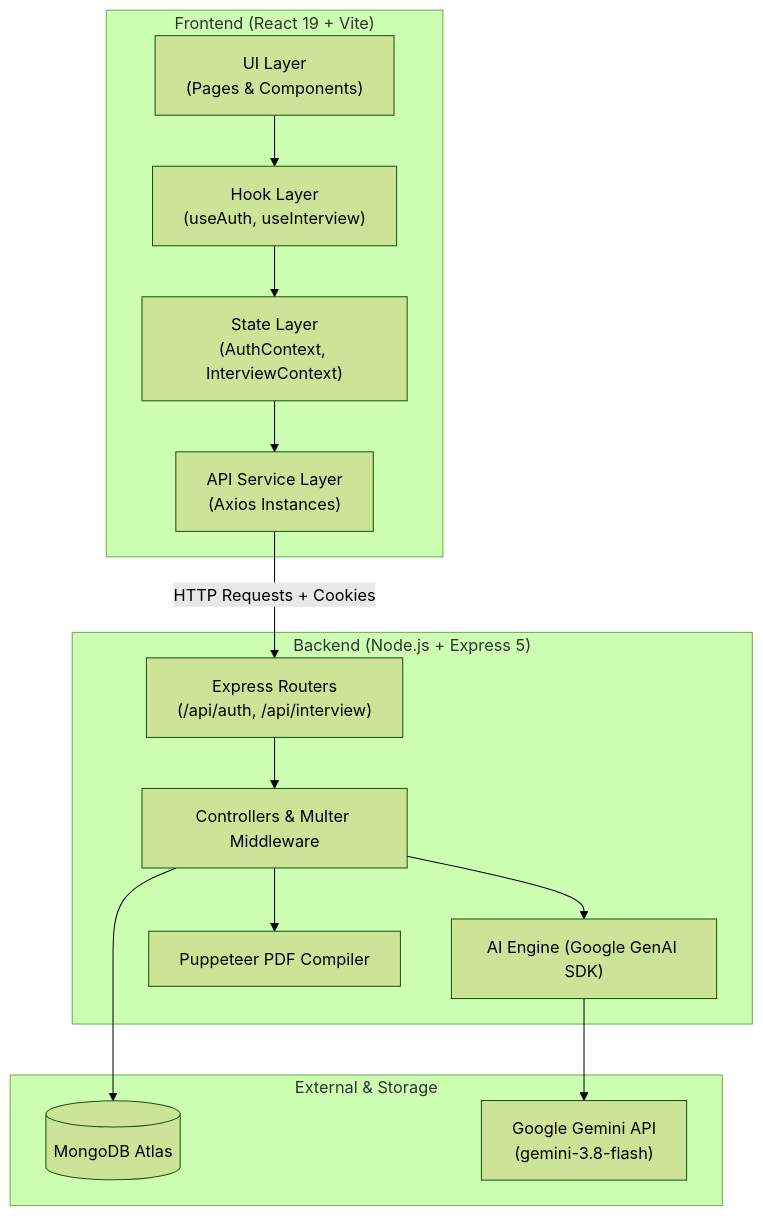
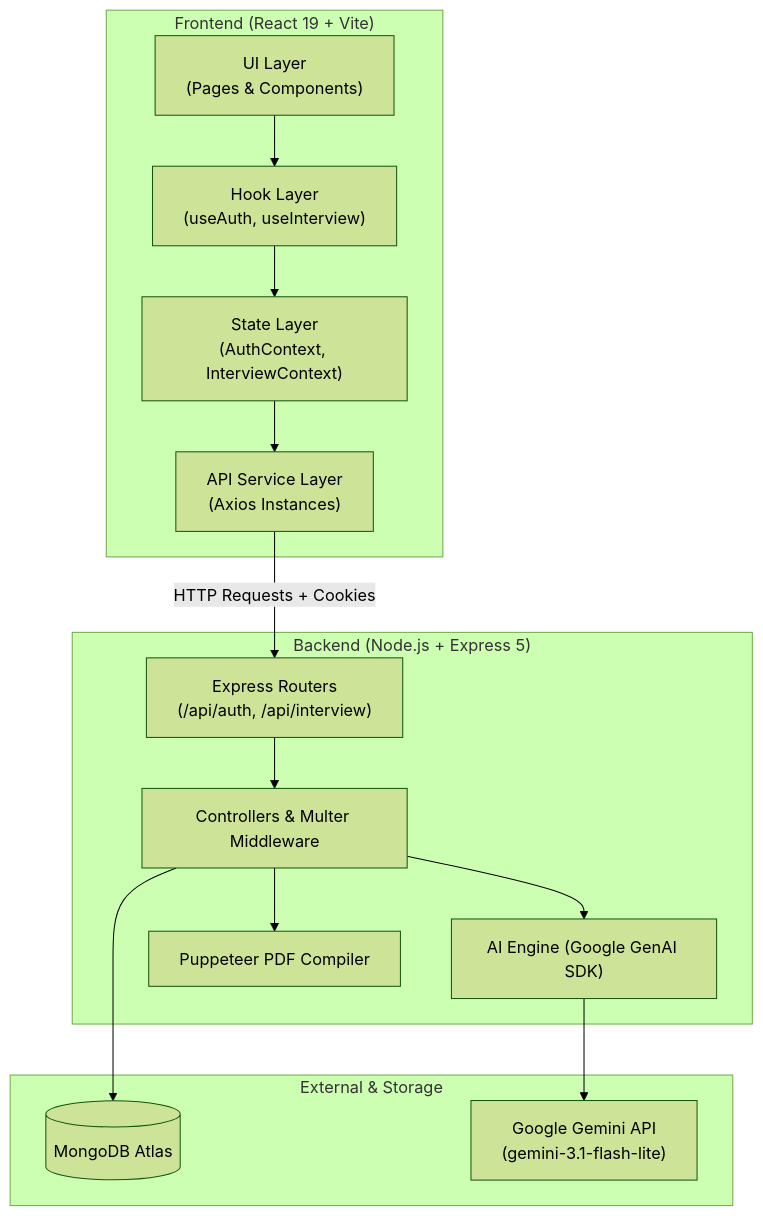
The diagram in README.md (adityapaul26/Skillens), drawn with Mermaid (forest theme) before and after one commit. The commit also changed other lines of this file, not shown here.

````diff
--- a/README.md
+++ b/README.md
@@ -33,27 +33,27 @@
 ```mermaid
 flowchart TD
     subgraph Client ["Frontend (React 19 + Vite)"]
         UI["UI Layer\n(Pages & Components)"] --> Hook["Hook Layer\n(useAuth, useInterview)"]
         Hook --> State["State Layer\n(AuthContext, InterviewContext)"]
         State --> Service["API Service Layer\n(Axios Instances)"]
     end
 
     subgraph Server ["Backend (Node.js + Express 5)"]
         Router["Express Routers\n(/api/auth, /api/interview)"]
         Controller["Controllers & Multer Middleware"]
         AIService["AI Engine (Google GenAI SDK)"]
         Puppeteer["Puppeteer PDF Compiler"]
     end
 
     subgraph Data ["External & Storage"]
         Mongo[("MongoDB Atlas")]
-        Gemini["Google Gemini API\n(gemini-3.8-flash)"]
+        Gemini["Google Gemini API\n(gemini-3.1-flash-lite)"]
     end
 
     Service -->|HTTP Requests + Cookies| Router
     Router --> Controller
     Controller --> Mongo
     Controller --> AIService
     AIService --> Gemini
     Controller --> Puppeteer
 ```
````
